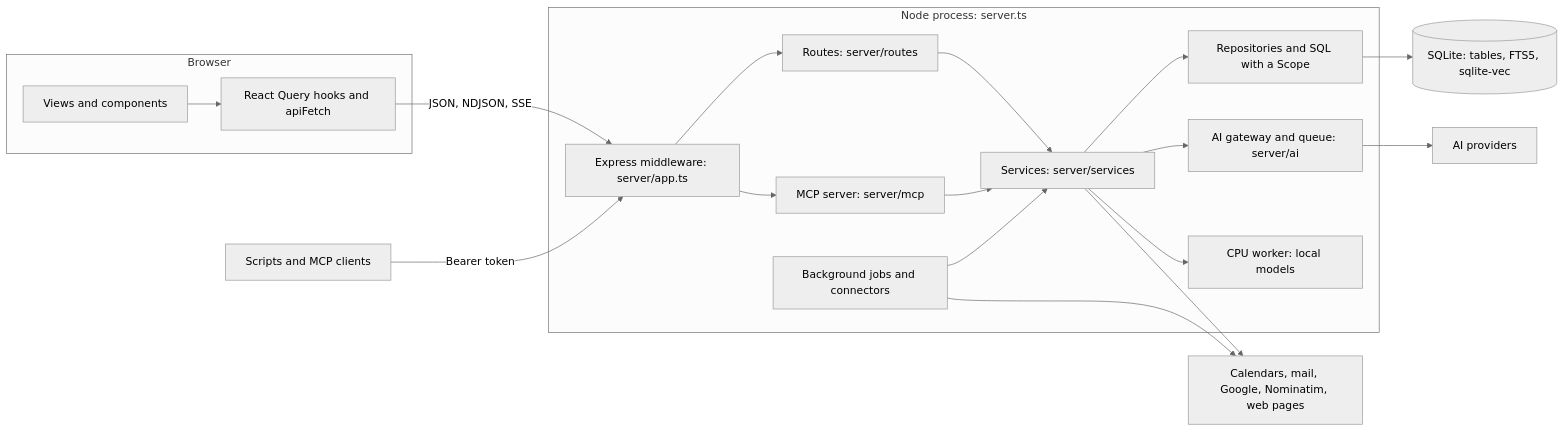
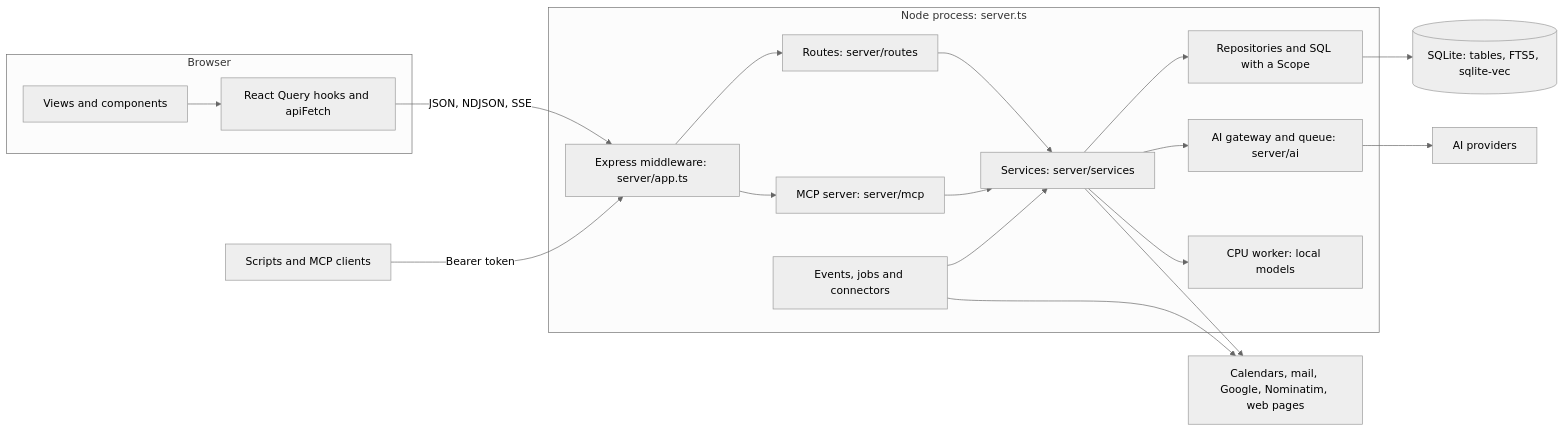
Before and after one commit to arvarik/contrack: the diagram in docs/architecture.md, drawn with Mermaid (neutral theme). The commit also changed other lines of this file and 23 other files, not shown here.

````diff
--- a/docs/architecture.md
+++ b/docs/architecture.md
@@ -12,30 +12,30 @@
 ```mermaid
 flowchart LR
   subgraph Browser
     Views["Views and components"]
     Hooks["React Query hooks and apiFetch"]
   end
   Clients["Scripts and MCP clients"]
   subgraph Server["Node process: server.ts"]
     MW["Express middleware: server/app.ts"]
     Routes["Routes: server/routes"]
     MCP["MCP server: server/mcp"]
-    Jobs["Background jobs and connectors"]
+    Jobs["Events, jobs and connectors"]
     Services["Services: server/services"]
     Data["Repositories and SQL with a Scope"]
     Gateway["AI gateway and queue: server/ai"]
     Worker["CPU worker: local models"]
   end
   DB[("SQLite: tables, FTS5, sqlite-vec")]
   Providers["AI providers"]
   Web["Calendars, mail, Google, Nominatim, web pages"]
   Views --> Hooks
   Hooks -->|"JSON, NDJSON, SSE"| MW
   Clients -->|"Bearer token"| MW
   MW --> Routes & MCP
   Routes & MCP & Jobs --> Services
   Services --> Data --> DB
   Services --> Gateway --> Providers
   Services --> Worker
   Services & Jobs --> Web
 ```
````
